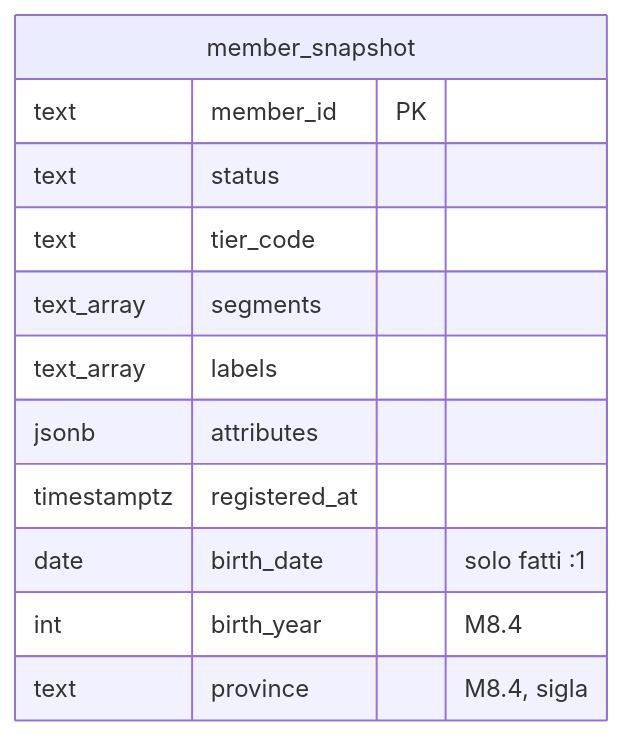
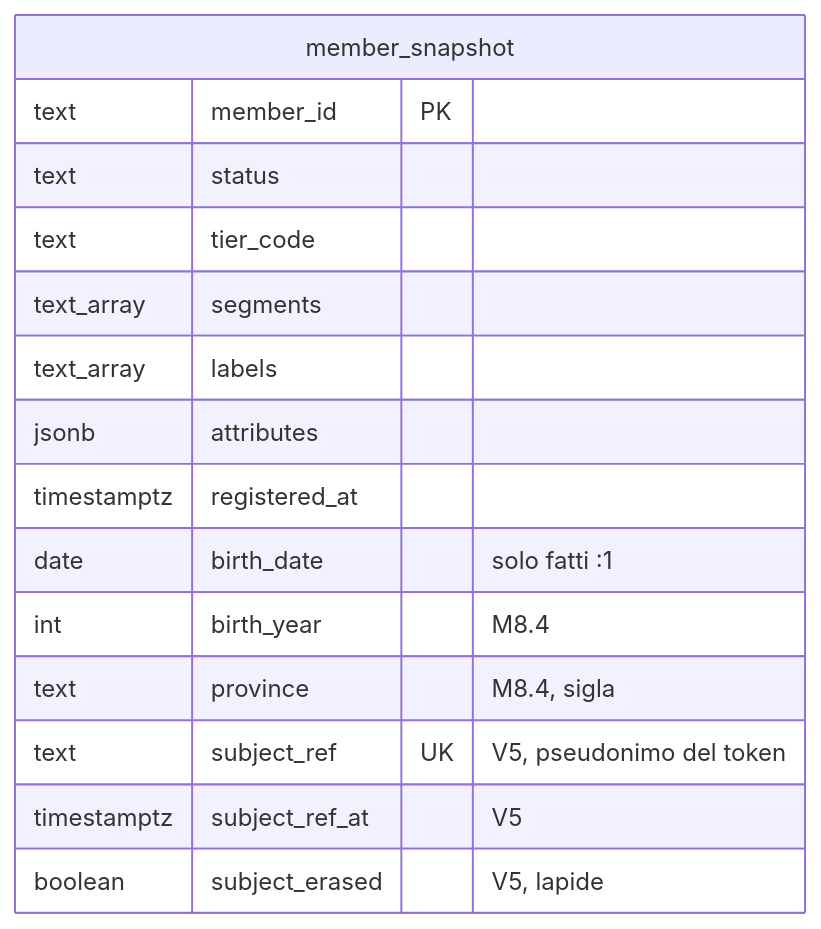
The second of 3 diagrams in docs/servizi/campaign-service.md (peppe-ruv/Loyalty_Sys), drawn with Mermaid before and after one commit. The commit also changed other lines of this file and 18 other files, not shown here.

First line of the commit message:
feat(campaign): proiezione subjectRef→membro e API del portale dal MemberPrincipal [F2-SEC-09, ADR-048, Q-410, Q-550, Q-553]

````diff
--- a/docs/servizi/campaign-service.md
+++ b/docs/servizi/campaign-service.md
@@ -70,17 +71,20 @@
 ```mermaid
 erDiagram
   accTitle: Snapshot del membro nella campaign
-  accDescr: Lo snapshot locale del membro che il motore valuta, costruito dai fatti member, tier e segmenti; da M8.4 anno di nascita e provincia al posto dei dati personali.
+  accDescr: Lo snapshot locale del membro che il motore valuta, costruito dai fatti member, tier e segmenti; da M8.4 anno di nascita e provincia al posto dei dati personali; da M8.10f il legame `subject_ref` che risolve il membro del token del portale.
   member_snapshot {
     text member_id PK
     text status
     text tier_code
     text_array segments
     text_array labels
     jsonb attributes
     timestamptz registered_at
     date birth_date "solo fatti :1"
     int birth_year "M8.4"
     text province "M8.4, sigla"
+    text subject_ref UK "V5, pseudonimo del token"
+    timestamptz subject_ref_at "V5"
+    boolean subject_erased "V5, lapide"
   }
 ```
````
